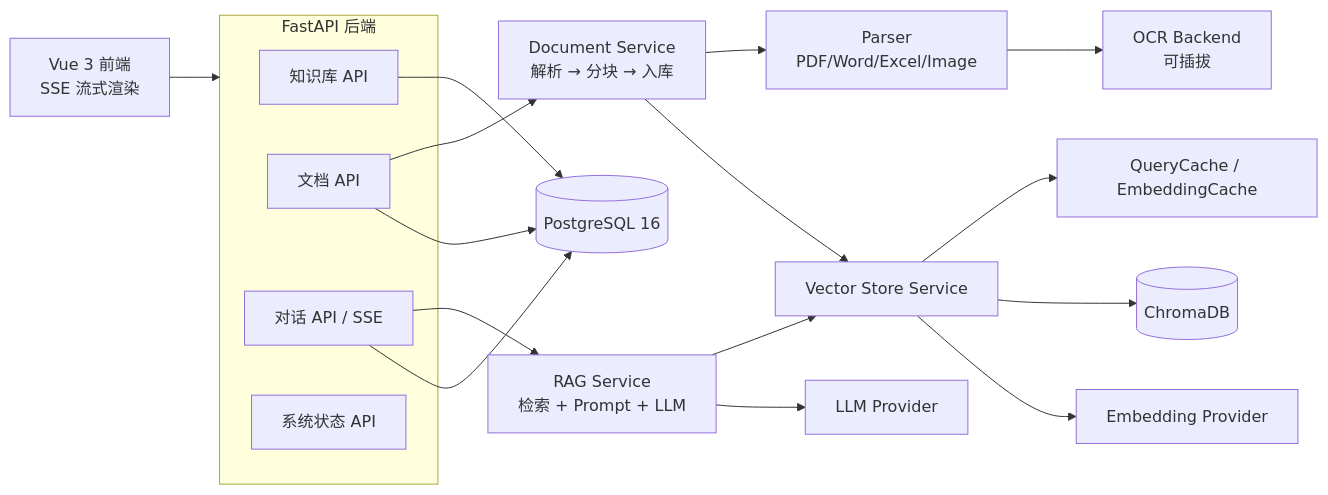
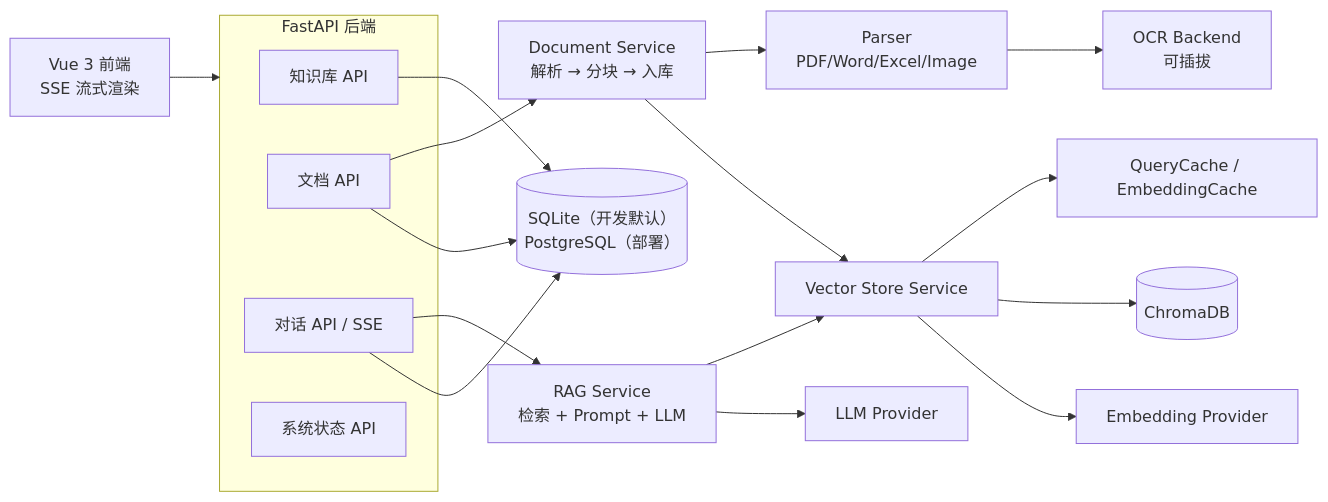
Before and after one commit to jackieismpc/inner-rag: the diagram in README.md, drawn with Mermaid. The commit also changed other lines of this file and 2 other files, not shown here.

First line of the commit message:
docs: 新增 docs/roadmap.md（执行路线 + 测试门禁），README 同步

````diff
--- a/README.md
+++ b/README.md
@@ -55,23 +57,23 @@
 ```mermaid
 flowchart LR
     FE["Vue 3 前端<br/>SSE 流式渲染"] --> API
     subgraph API["FastAPI 后端"]
         KB["知识库 API"]
         DOC["文档 API"]
         CHAT["对话 API / SSE"]
         SYS["系统状态 API"]
     end
     CHAT --> RAG["RAG Service<br/>检索 + Prompt + LLM"]
     DOC --> DS["Document Service<br/>解析 → 分块 → 入库"]
     DS --> PARSE["Parser<br/>PDF/Word/Excel/Image"]
     PARSE --> OCR["OCR Backend<br/>可插拔"]
     DS --> VS["Vector Store Service"]
     RAG --> VS
     VS --> CACHE["QueryCache / EmbeddingCache"]
     VS --> CHROMA[("ChromaDB")]
     VS --> EMB["Embedding Provider"]
     RAG --> LLM["LLM Provider"]
-    KB --> DB[("PostgreSQL 16")]
+    KB --> DB[("SQLite（开发默认）<br/>PostgreSQL（部署）")]
     DOC --> DB
     CHAT --> DB
 ```
````
